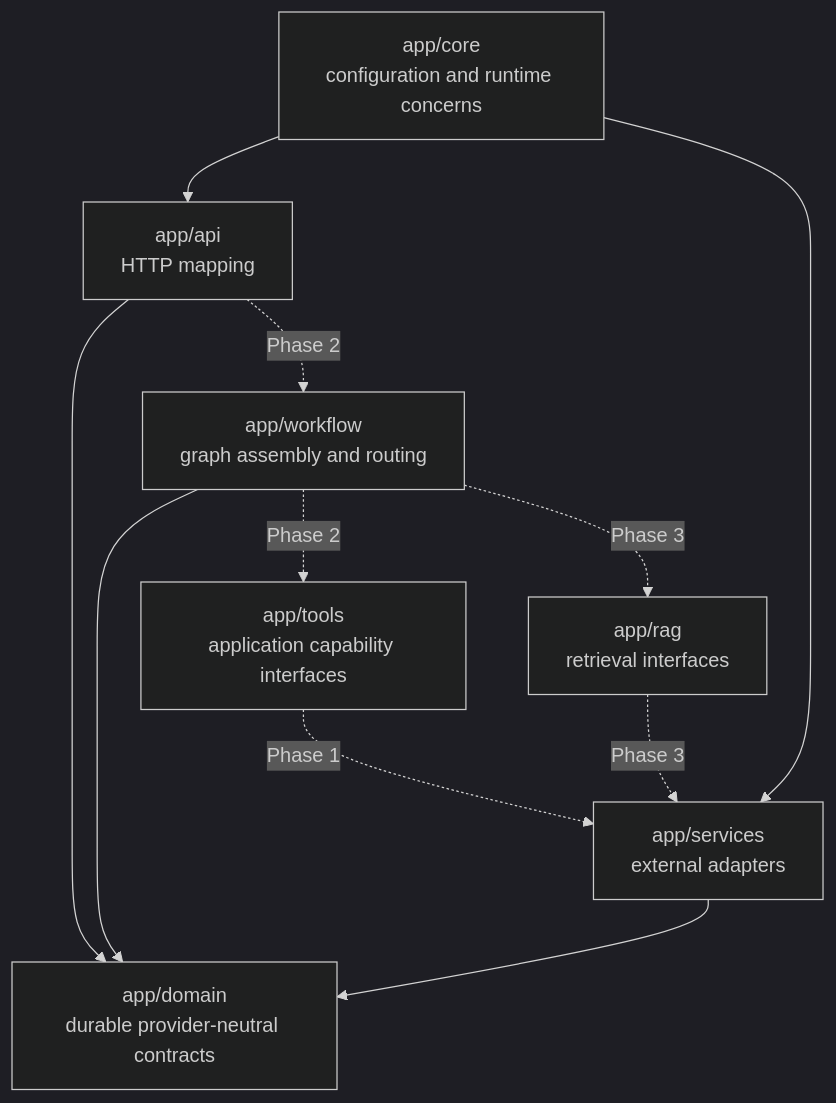
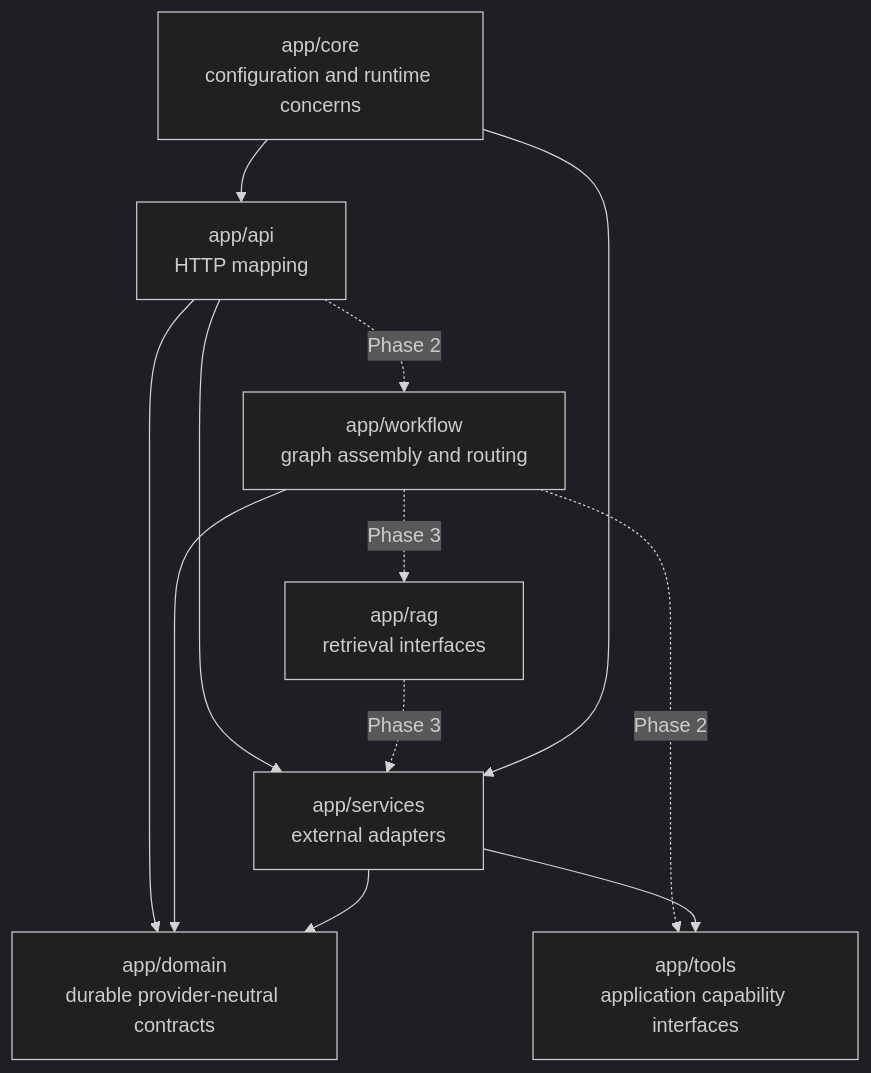
Before and after one commit to sanket-nawghare/langchain-poc: the second of 4 diagrams in docs/ARCHITECTURE.md, drawn with Mermaid (dark theme). The commit also changed other lines of this file and 8 other files, not shown here.

````diff
--- a/docs/ARCHITECTURE.md
+++ b/docs/ARCHITECTURE.md
@@ -37,21 +42,22 @@
 ```mermaid
 flowchart TD
     API["app/api<br/>HTTP mapping"]
     Workflow["app/workflow<br/>graph assembly and routing"]
     Tools["app/tools<br/>application capability interfaces"]
     RAG["app/rag<br/>retrieval interfaces"]
     Services["app/services<br/>external adapters"]
     Core["app/core<br/>configuration and runtime concerns"]
     Domain["app/domain<br/>durable provider-neutral contracts"]
 
     API --> Domain
     API -. "Phase 2" .-> Workflow
     Workflow -. "Phase 2" .-> Tools
     Workflow -. "Phase 3" .-> RAG
     Workflow --> Domain
-    Tools -. "Phase 1" .-> Services
+    API --> Services
+    Services --> Tools
     RAG -. "Phase 3" .-> Services
     Services --> Domain
     Core --> API
     Core --> Services
 ```
````
